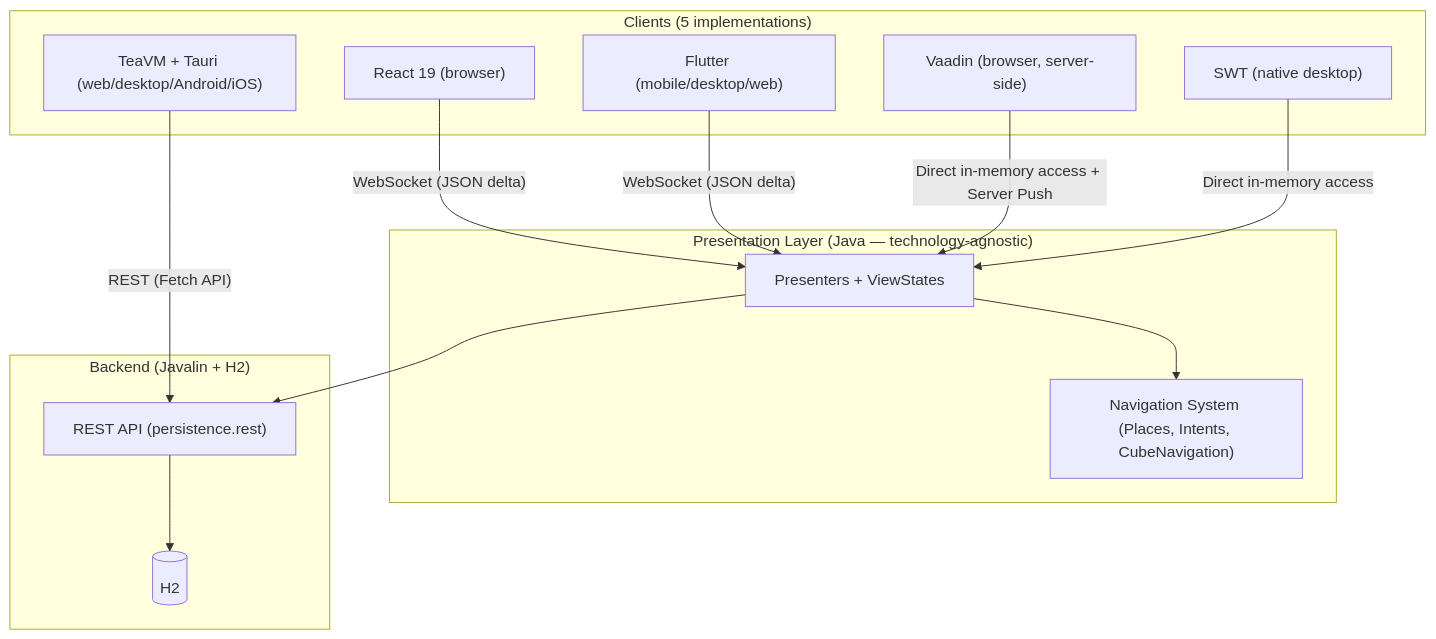
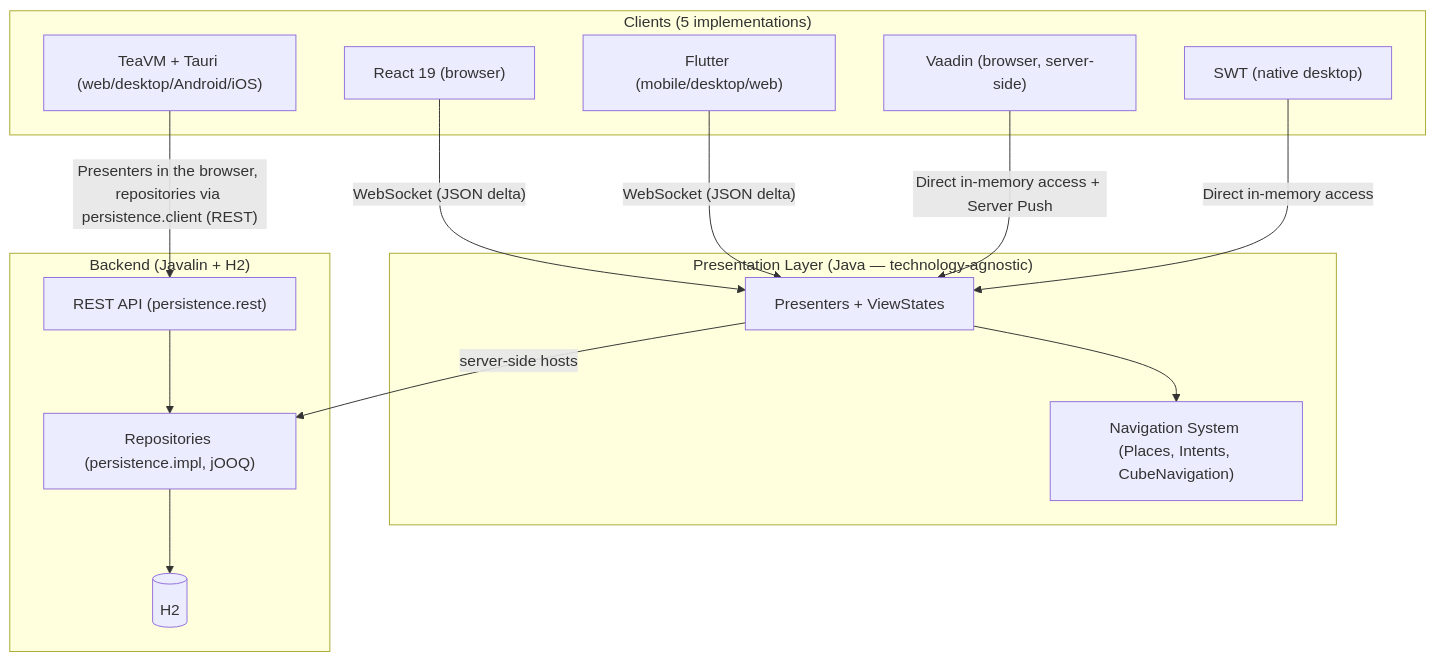
The first of 4 diagrams in docs/cube-mvp-multiplatform-architecture.md (mrcdom/wdc-cube-java-v2), drawn with Mermaid before and after one commit. The commit also changed other lines of this file and 50 other files, not shown here.

````diff
--- a/docs/cube-mvp-multiplatform-architecture.md
+++ b/docs/cube-mvp-multiplatform-architecture.md
@@ -143,29 +145,31 @@
 ```mermaid
 graph TD
     subgraph Client["Clients (5 implementations)"]
         react["React 19 (browser)"]
         flutter["Flutter (mobile/desktop/web)"]
         vaadin["Vaadin (browser, server-side)"]
         swt["SWT (native desktop)"]
         teavm["TeaVM + Tauri (web/desktop/Android/iOS)"]
     end
 
     subgraph Presentation["Presentation Layer (Java — technology-agnostic)"]
         presenters["Presenters + ViewStates"]
         navigation["Navigation System (Places, Intents, CubeNavigation)"]
     end
 
     subgraph Backend["Backend (Javalin + H2)"]
         rest["REST API (persistence.rest)"]
+        repos["Repositories (persistence.impl, jOOQ)"]
         db[("H2")]
     end
 
     react -->|"WebSocket (JSON delta)"| presenters
     flutter -->|"WebSocket (JSON delta)"| presenters
     vaadin -->|"Direct in-memory access + Server Push"| presenters
     swt -->|"Direct in-memory access"| presenters
-    teavm -->|"REST (Fetch API)"| rest
+    teavm -->|"Presenters in the browser, repositories via persistence.client (REST)"| rest
     presenters --> navigation
-    presenters --> rest
-    rest --> db
+    presenters -->|"server-side hosts"| repos
+    rest --> repos
+    repos --> db
 ```
````
